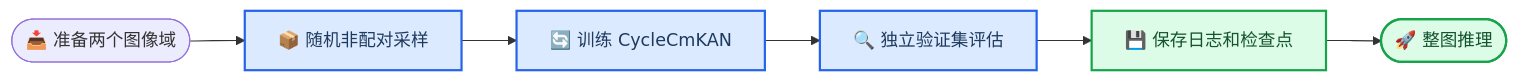
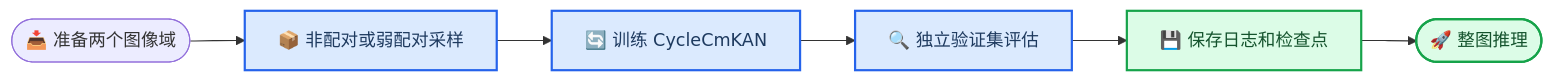
Before and after one commit to likehbbfoe/RGB_cmKAN: the first of 5 diagrams in docs/custom_unpaired_training_zh.md, drawn with Mermaid. The commit also changed other lines of this file and 15 other files, not shown here.

````diff
--- a/docs/custom_unpaired_training_zh.md
+++ b/docs/custom_unpaired_training_zh.md
@@ -22,17 +22,17 @@
 ```mermaid
 flowchart LR
     accTitle: cmKAN 非配对训练流程
-    accDescr: 从独立 source 和 target 数据经过随机非配对采样、CycleCmKAN 对抗训练、验证、日志与检查点保存，最后进入整图推理
+    accDescr: source 和 target 数据按配置进行随机非配对或固定弱配对采样，再经过 CycleCmKAN 对抗训练、验证、日志与检查点保存，最后进入整图推理
 
-    prepare_data([📥 准备两个图像域]) --> load_batch[📦 随机非配对采样]
+    prepare_data([📥 准备两个图像域]) --> load_batch[📦 非配对或弱配对采样]
     load_batch --> train_cycle[🔄 训练 CycleCmKAN]
     train_cycle --> validate_model[🔍 独立验证集评估]
     validate_model --> save_outputs[💾 保存日志和检查点]
     save_outputs --> run_inference([🚀 整图推理])
 
     classDef process fill:#dbeafe,stroke:#2563eb,stroke-width:2px,color:#1e3a5f
     classDef result fill:#dcfce7,stroke:#16a34a,stroke-width:2px,color:#14532d
 
     class load_batch,train_cycle,validate_model process
     class save_outputs,run_inference result
 ```
````
